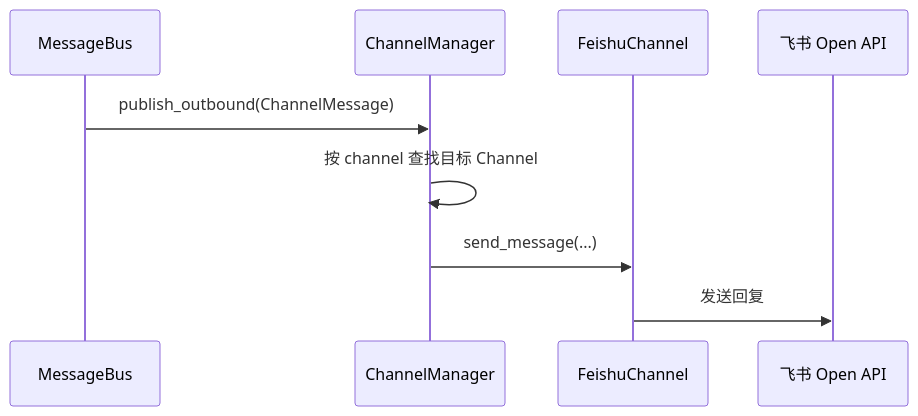
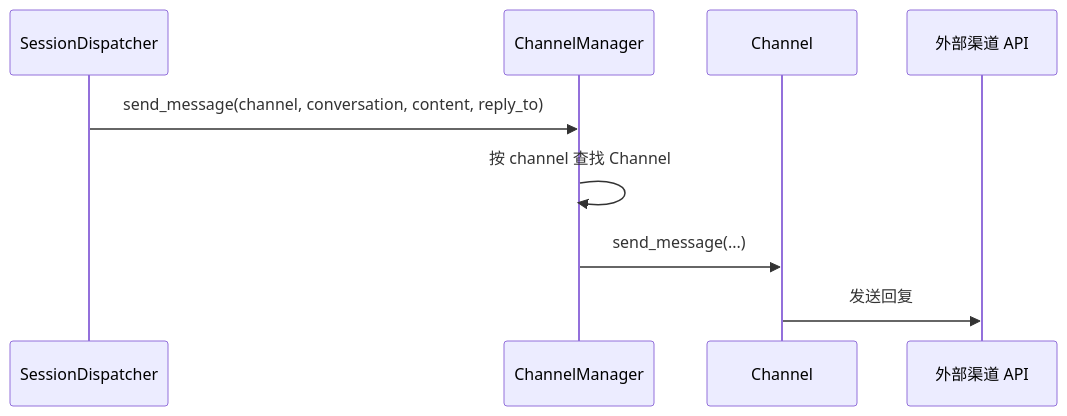
The third of 3 diagrams in docs/architecture/10-channel-gateway.md (zhuxining/MindClaw), drawn with Mermaid before and after one commit. The commit also changed other lines of this file and 17 other files, not shown here.

First line of the commit message:
feat: add event bus for runtime events and message processing

````diff
--- a/docs/architecture/10-channel-gateway.md
+++ b/docs/architecture/10-channel-gateway.md
@@ -122,12 +110,12 @@
 ```mermaid
 sequenceDiagram
-    participant MB as MessageBus
+    participant SD as SessionDispatcher
     participant CM as ChannelManager
-    participant FC as FeishuChannel
-    participant FS as 飞书 Open API
+    participant CH as Channel
+    participant EXT as 外部渠道 API
 
-    MB->>CM: publish_outbound(ChannelMessage)
-    CM->>CM: 按 channel 查找目标 Channel
-    CM->>FC: send_message(...)
-    FC->>FS: 发送回复
+    SD->>CM: send_message(channel, conversation, content, reply_to)
+    CM->>CM: 按 channel 查找 Channel
+    CM->>CH: send_message(...)
+    CH->>EXT: 发送回复
 ```
````
